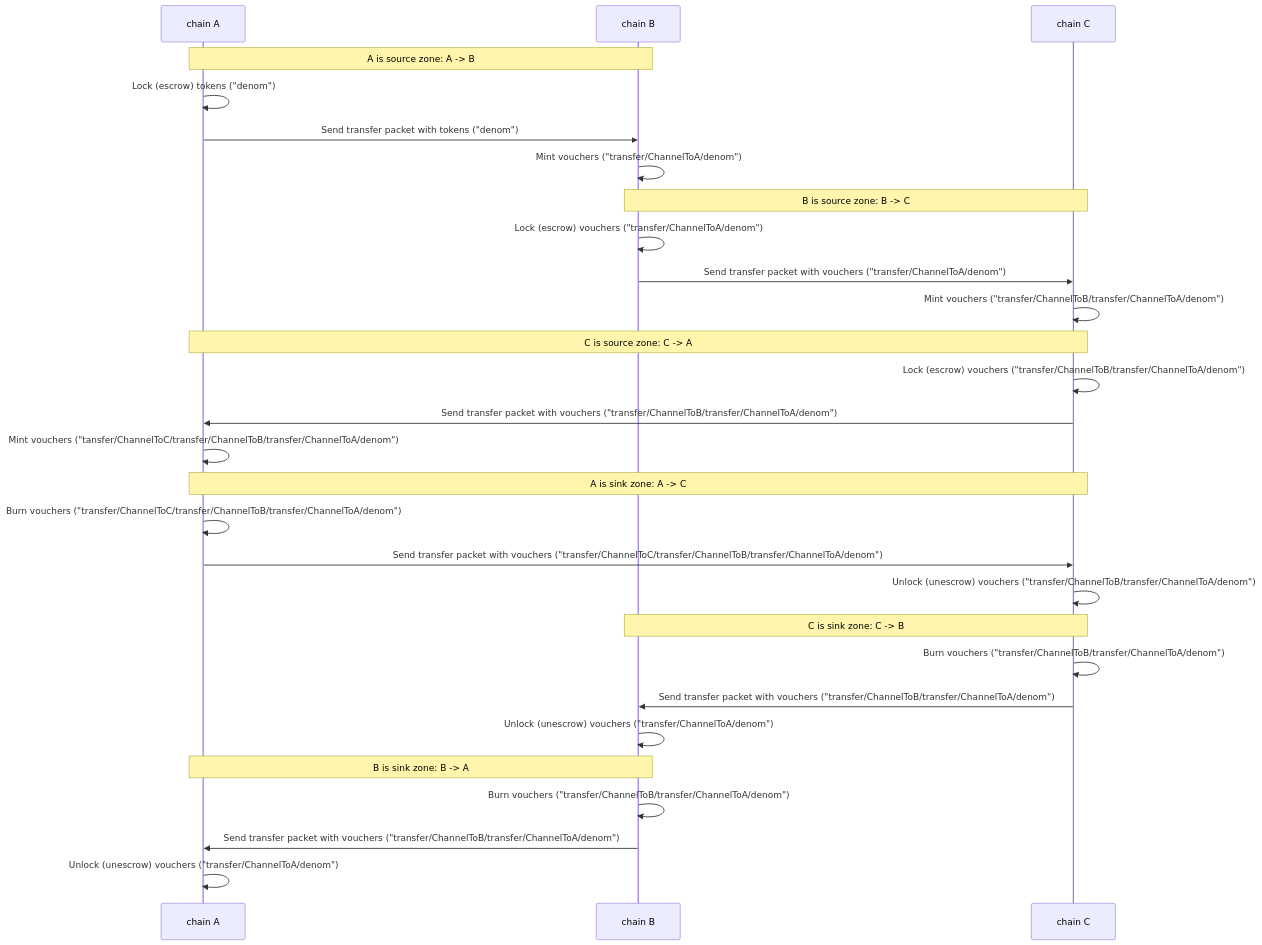
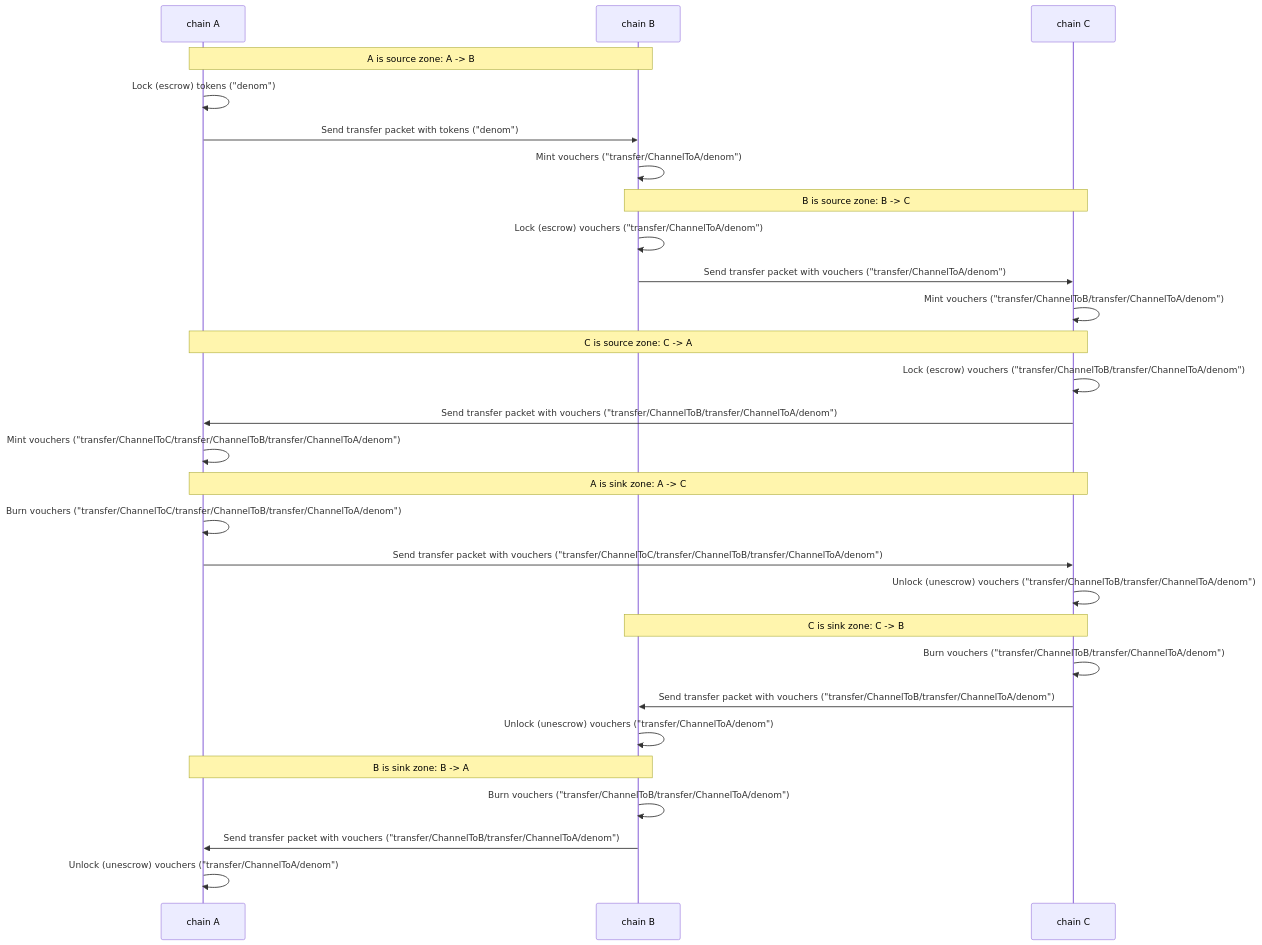
One commit to cosmos/ibc changed the diagram in spec/app/ics-020-fungible-token-transfer/README.md. Above: the diagram before and after it, drawn with Mermaid. The commit also changed other lines of this file and 2 other files, not shown here.

````diff
--- a/spec/app/ics-020-fungible-token-transfer/README.md
+++ b/spec/app/ics-020-fungible-token-transfer/README.md
@@ -90,27 +90,27 @@
 ```mermaid
 sequenceDiagram
     Note over chain A,chain B: A is source zone: A -> B
     chain A->>chain A: Lock (escrow) tokens ("denom")
     chain A->>chain B: Send transfer packet with tokens ("denom")
     chain B->>chain B: Mint vouchers ("transfer/ChannelToA/denom")
     Note over chain B,chain C: B is source zone: B -> C
     chain B->>chain B: Lock (escrow) vouchers ("transfer/ChannelToA/denom")
     chain B->>chain C: Send transfer packet with vouchers ("transfer/ChannelToA/denom")
     chain C->>chain C: Mint vouchers ("transfer/ChannelToB/transfer/ChannelToA/denom")
     Note over chain A,chain C: C is source zone: C -> A
     chain C->>chain C: Lock (escrow) vouchers ("transfer/ChannelToB/transfer/ChannelToA/denom")
     chain C->>chain A: Send transfer packet with vouchers ("transfer/ChannelToB/transfer/ChannelToA/denom")
-    chain A->>chain A: Mint vouchers ("tansfer/ChannelToC/transfer/ChannelToB/transfer/ChannelToA/denom")
+    chain A->>chain A: Mint vouchers ("transfer/ChannelToC/transfer/ChannelToB/transfer/ChannelToA/denom")
     Note over chain A,chain C: A is sink zone: A -> C
     chain A->>chain A: Burn vouchers ("transfer/ChannelToC/transfer/ChannelToB/transfer/ChannelToA/denom")
     chain A->>chain C: Send transfer packet with vouchers ("transfer/ChannelToC/transfer/ChannelToB/transfer/ChannelToA/denom")
     chain C->>chain C: Unlock (unescrow) vouchers ("transfer/ChannelToB/transfer/ChannelToA/denom")
     Note over chain B,chain C: C is sink zone: C -> B
     chain C->>chain C: Burn vouchers ("transfer/ChannelToB/transfer/ChannelToA/denom")
     chain C->>chain B: Send transfer packet with vouchers ("transfer/ChannelToB/transfer/ChannelToA/denom")
     chain B->>chain B: Unlock (unescrow) vouchers ("transfer/ChannelToA/denom")
     Note over chain B,chain A: B is sink zone: B -> A
     chain B->>chain B: Burn vouchers ("transfer/ChannelToB/transfer/ChannelToA/denom")
     chain B->>chain A: Send transfer packet with vouchers ("transfer/ChannelToB/transfer/ChannelToA/denom")
     chain A->>chain A: Unlock (unescrow) vouchers ("transfer/ChannelToA/denom")
 ```
````
